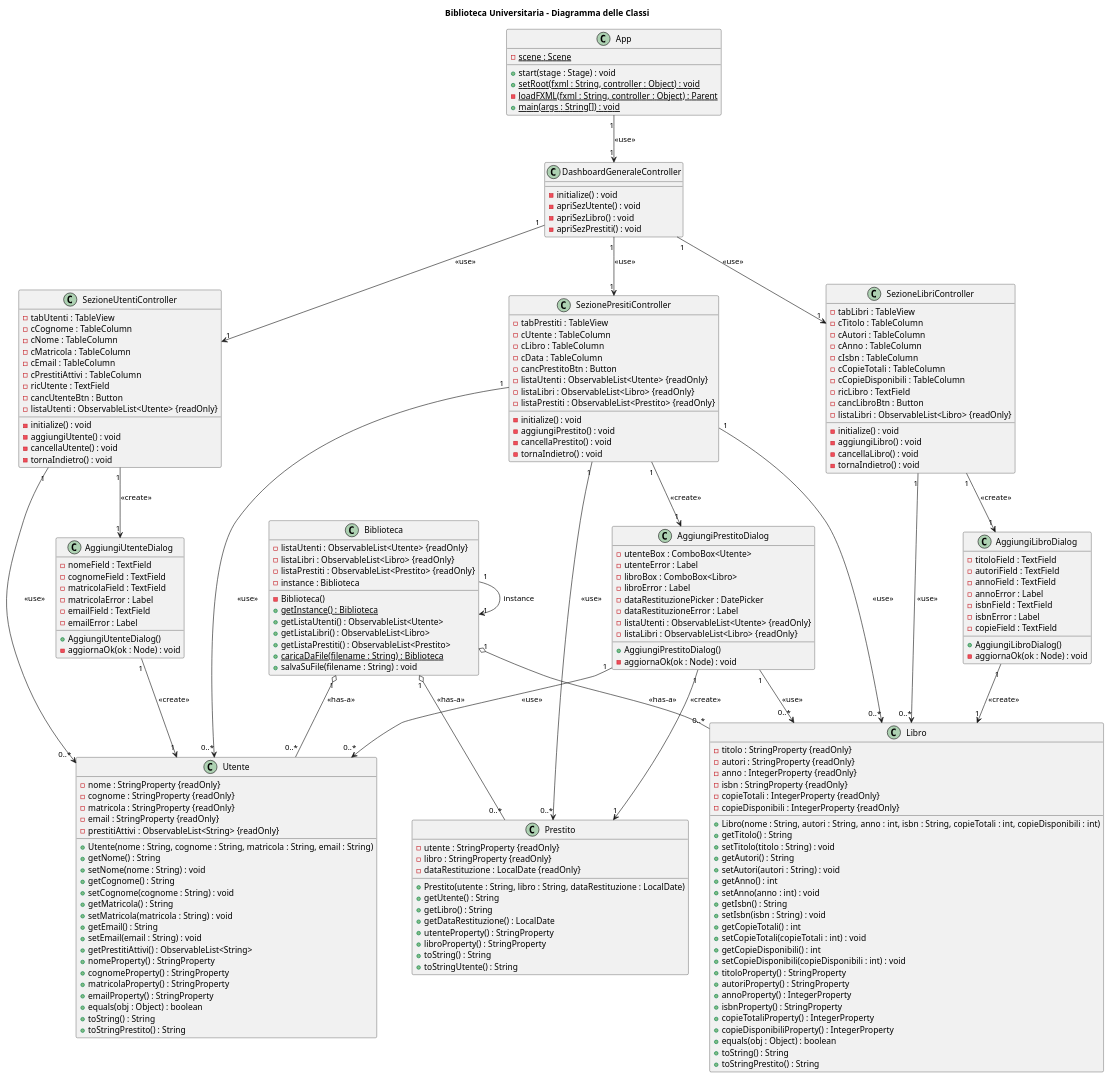
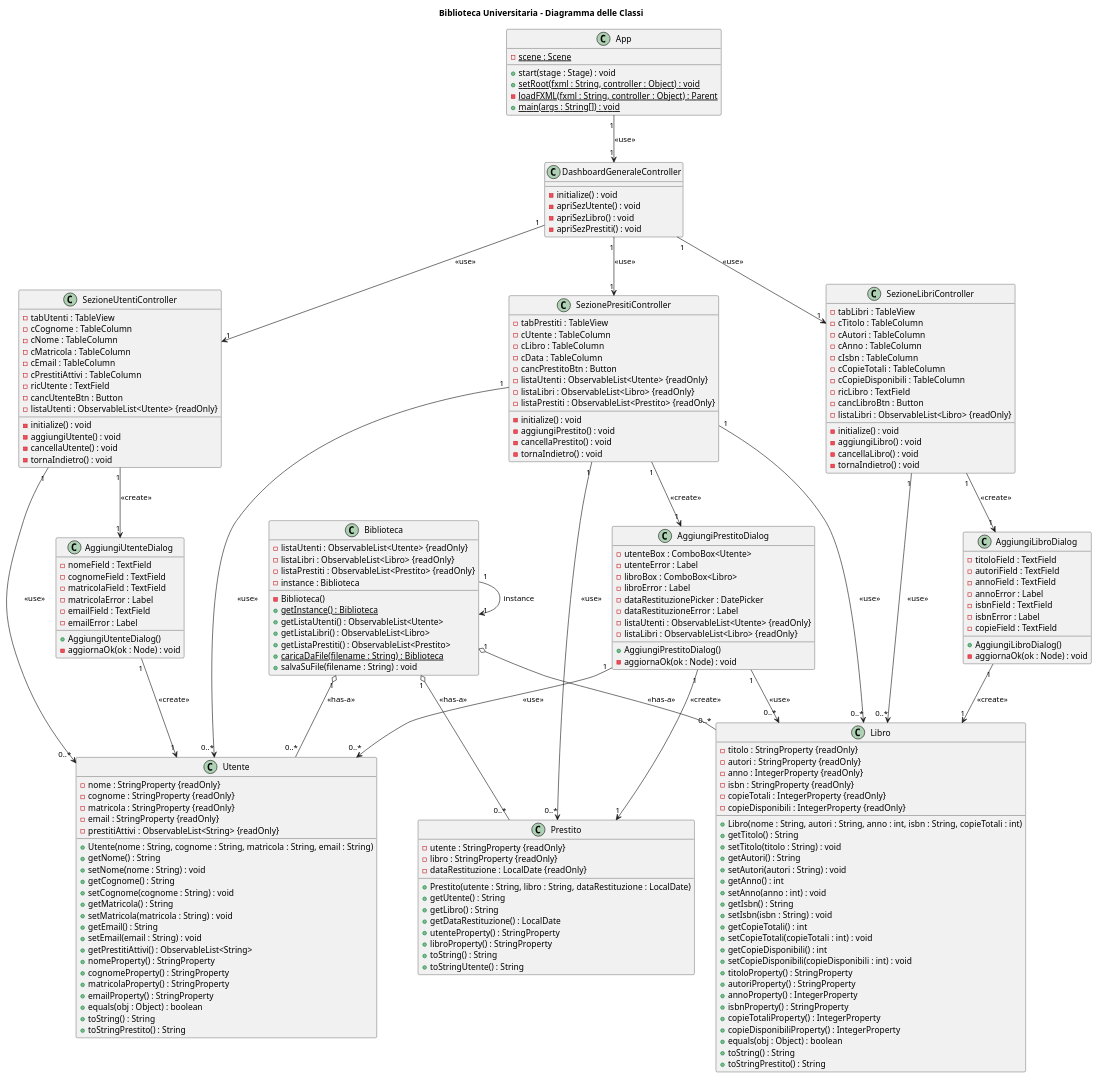
One commit to AngeloMastandrea04/SoftEng2025_G19 changed the diagram in Diagramma delle Classi/PlantUML/Diagramma delle Classi.puml. Above: the diagram before and after it, drawn with PlantUML. The commit also changed 2 other files, not shown here.

Commit message:
Aggiornamento classe Libro e Diagrammi delle Classi
Modificata la classe Libro class per aggiungere i commenti Doxygen e per cambiarne il costruttore (rimozione parametro copieDisponibili)
Aggiornamento dei Diagrammi delle Classi EasyUML e PlantUML per riflettere i cambiamenti.

```diff
--- a/Diagramma delle Classi/PlantUML/Diagramma delle Classi.puml
+++ b/Diagramma delle Classi/PlantUML/Diagramma delle Classi.puml
@@ -35,7 +35,7 @@
     - isbn : StringProperty {readOnly}
     - copieTotali : IntegerProperty {readOnly}
     - copieDisponibili : IntegerProperty {readOnly}
-    + Libro(nome : String, autori : String, anno : int, isbn : String, copieTotali : int, copieDisponibili : int)
+    + Libro(nome : String, autori : String, anno : int, isbn : String, copieTotali : int)
     + getTitolo() : String
     + setTitolo(titolo : String) : void
     + getAutori() : String
```
